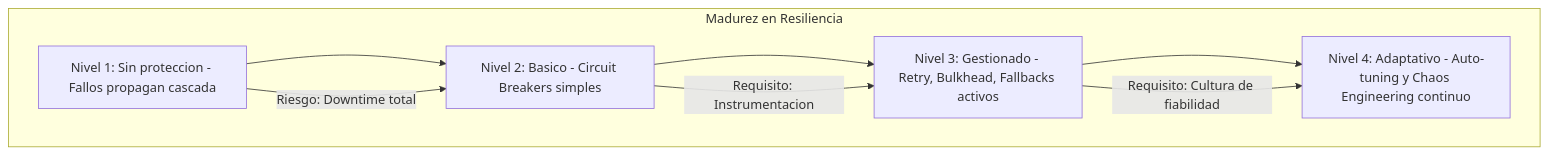
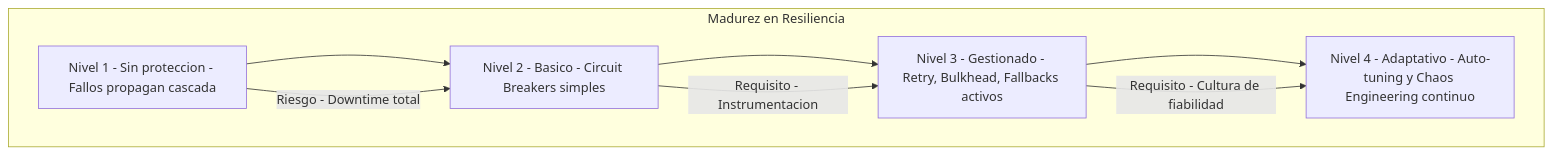
Before and after one commit to Joaquinriosheredia/DAM-Java-Mastery: the fifth of 5 diagrams in 03_Spring_Ecosystem/resilience4j_circuit_breaker_retry_bulkhead_spring_boot_3_STAFF.md, drawn with Mermaid. The commit also changed other lines of this file, not shown here.

Commit message:
resilience4j_circuit_breaker_retry_bulkhead_spring_boot_3_STAFF.md

````diff
--- a/03_Spring_Ecosystem/resilience4j_circuit_breaker_retry_bulkhead_spring_boot_3_STAFF.md
+++ b/03_Spring_Ecosystem/resilience4j_circuit_breaker_retry_bulkhead_spring_boot_3_STAFF.md
@@ -545,13 +581,13 @@
 ```mermaid
 graph TD
     subgraph "Madurez en Resiliencia"
-        L1[Nivel 1: Sin proteccion - Fallos propagan cascada] --> L2
-        L2[Nivel 2: Basico - Circuit Breakers simples] --> L3
-        L3[Nivel 3: Gestionado - Retry, Bulkhead, Fallbacks activos] --> L4
-        L4[Nivel 4: Adaptativo - Auto-tuning y Chaos Engineering continuo]
+        L1[Nivel 1 - Sin proteccion - Fallos propagan cascada] --> L2
+        L2[Nivel 2 - Basico - Circuit Breakers simples] --> L3
+        L3[Nivel 3 - Gestionado - Retry, Bulkhead, Fallbacks activos] --> L4
+        L4[Nivel 4 - Adaptativo - Auto-tuning y Chaos Engineering continuo]
     end
     
-    L1 -->|Riesgo: Downtime total| L2
-    L2 -->|Requisito: Instrumentacion| L3
-    L3 -->|Requisito: Cultura de fiabilidad| L4
+    L1 -->|Riesgo - Downtime total| L2
+    L2 -->|Requisito - Instrumentacion| L3
+    L3 -->|Requisito - Cultura de fiabilidad| L4
 ```
````
